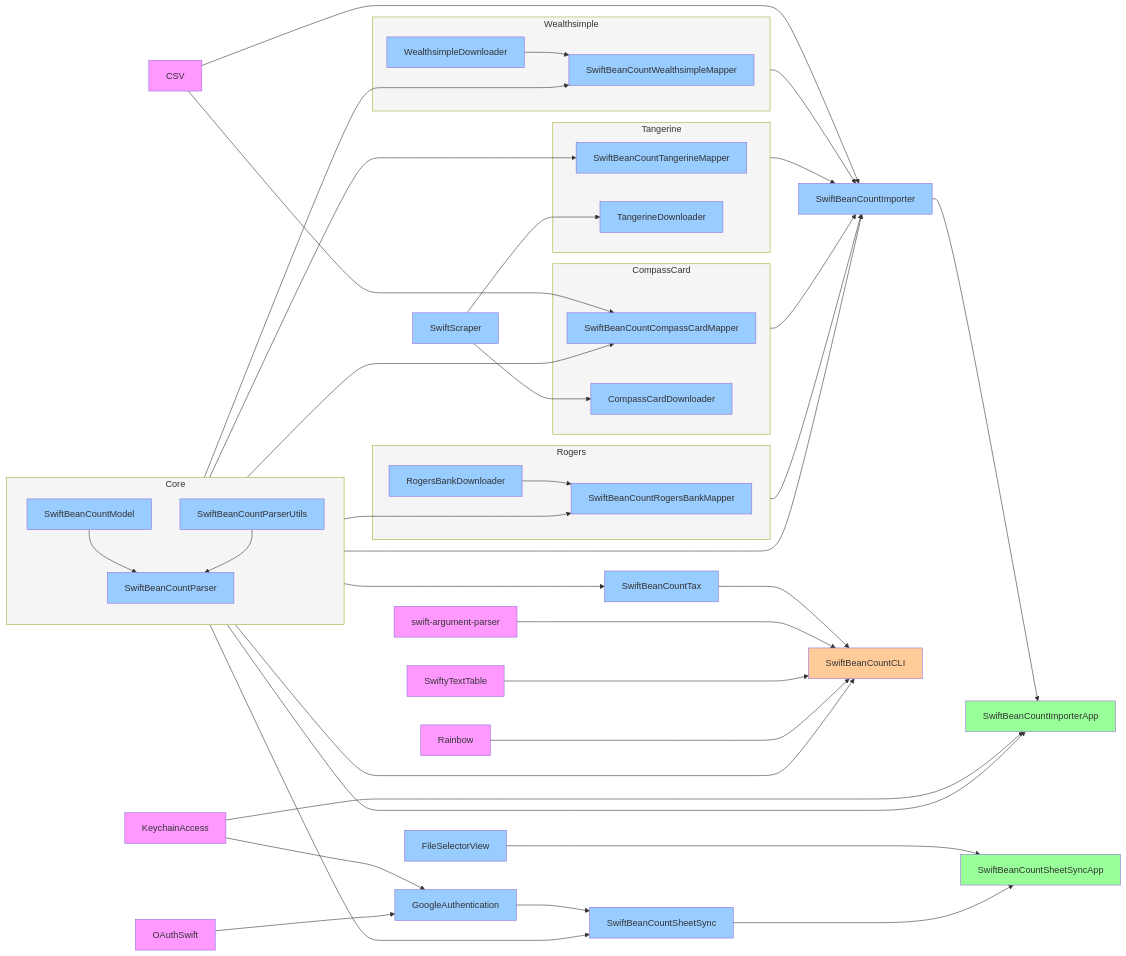
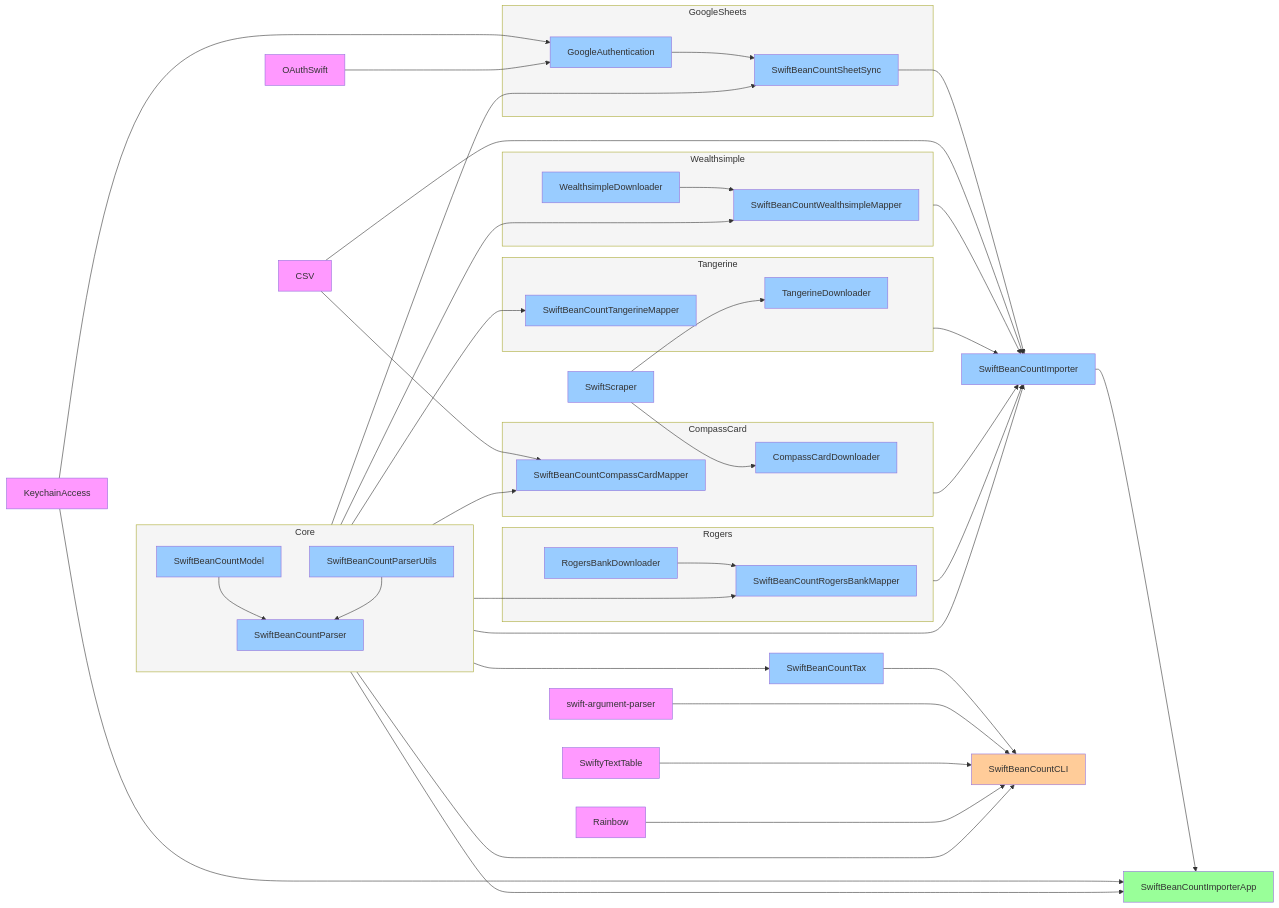
One commit to Nef10/SwiftBeanCount changed the first of 2 diagrams in README.md. Above: the diagram before and after it, drawn with Mermaid. The commit also changed other lines of this file, not shown here.

````diff
--- a/README.md
+++ b/README.md
@@ -73,10 +72,12 @@
   subgraph CompassCard
     SwiftBeanCountCompassCardMapper
     CompassCardDownloader
+    SwiftBeanCountCompassCardMapper ~~~ CompassCardDownloader
   end
   subgraph Tangerine
     SwiftBeanCountTangerineMapper
     TangerineDownloader
+    SwiftBeanCountTangerineMapper ~~~ TangerineDownloader
   end
   subgraph Wealthsimple
     SwiftBeanCountWealthsimpleMapper
@@ -88,34 +89,37 @@
     RogersBankDownloader
     RogersBankDownloader --> SwiftBeanCountRogersBankMapper
   end
+  subgraph GoogleSheets
+    SwiftBeanCountSheetSync
+    GoogleAuthentication
+    GoogleAuthentication --> SwiftBeanCountSheetSync
+  end
   SwiftScraper --> TangerineDownloader
   SwiftScraper --> CompassCardDownloader
+  CSV --> SwiftBeanCountCompassCardMapper
   Wealthsimple --> SwiftBeanCountImporter
-  Tangerine --> SwiftBeanCountImporter
+  Tangerine ---> SwiftBeanCountImporter
   CompassCard --> SwiftBeanCountImporter
   Rogers --> SwiftBeanCountImporter
   Core --> SwiftBeanCountRogersBankMapper
   Core --> SwiftBeanCountImporter
   Core --> SwiftBeanCountWealthsimpleMapper
   Core --> SwiftBeanCountTangerineMapper
-  Core ---> SwiftBeanCountCompassCardMapper
-  Core --> SwiftBeanCountImporterApp
+  Core --> SwiftBeanCountCompassCardMapper
+  Core ---> SwiftBeanCountImporterApp
   Core --> SwiftBeanCountSheetSync
   SwiftBeanCountImporter --> SwiftBeanCountImporterApp
-  KeychainAccess --> SwiftBeanCountImporterApp
-  KeychainAccess --> GoogleAuthentication
-  FileSelectorView ----> SwiftBeanCountSheetSyncApp
-  GoogleAuthentication --> SwiftBeanCountSheetSync
+  KeychainAccess ----> SwiftBeanCountImporterApp
+  KeychainAccess ---> GoogleAuthentication
   OAuthSwift --> GoogleAuthentication
-  SwiftBeanCountSheetSync ---> SwiftBeanCountSheetSyncApp
-  CSV ----> SwiftBeanCountImporter
-  CSV --> SwiftBeanCountCompassCardMapper
-  Core --> SwiftBeanCountTax
+  SwiftBeanCountSheetSync --> SwiftBeanCountImporter
+  Core ---> SwiftBeanCountTax
   SwiftBeanCountTax --> SwiftBeanCountCLI
   Core ----> SwiftBeanCountCLI
   swift-argument-parser ---> SwiftBeanCountCLI
   SwiftyTextTable ---> SwiftBeanCountCLI
   Rainbow ---> SwiftBeanCountCLI
+  CSV --> SwiftBeanCountImporter
   click SwiftBeanCountModel "https://github.com/Nef10/SwiftBeanCountModel"
   click SwiftBeanCountParser "https://github.com/Nef10/SwiftBeanCountParser"
   click SwiftBeanCountParserUtils "https://github.com/Nef10/SwiftBeanCountParserUtils"
@@ -130,8 +134,6 @@
   click TangerineDownloader "https://github.com/Nef10/TangerineDownloader"
   click SwiftBeanCountImporter "https://github.com/Nef10/SwiftBeanCountImporter"
   click SwiftBeanCountImporterApp "https://github.com/Nef10/SwiftBeanCountImporterApp"
-  click FileSelectorView "https://github.com/Nef10/FileSelectorView"
-  click SwiftBeanCountSheetSyncApp "https://github.com/Nef10/SwiftBeanCountSheetSyncApp"
   click SwiftBeanCountSheetSync "https://github.com/Nef10/SwiftBeanCountSheetSync"
   click SwiftBeanCountCLI "https://github.com/Nef10/SwiftBeanCountCLI"
   click GoogleAuthentication "https://github.com/Nef10/GoogleAuthentication"
@@ -147,8 +149,8 @@
   classDef app fill:#99FF99;
   classDef external fill:#FF99FF;
   classDef cli fill:#FFCC99;
-  class Core,Rogers,Wealthsimple,Tangerine,CompassCard box;
-  class SwiftBeanCountImporterApp,SwiftBeanCountSheetSyncApp,App app;
+  class Core,Rogers,Wealthsimple,Tangerine,CompassCard,GoogleSheets box;
+  class SwiftBeanCountImporterApp,App app;
   class CSV,OAuthSwift,KeychainAccess,External,swift-argument-parser,SwiftyTextTable,Rainbow external;
   class SwiftBeanCountCLI cli;
 ```
````
